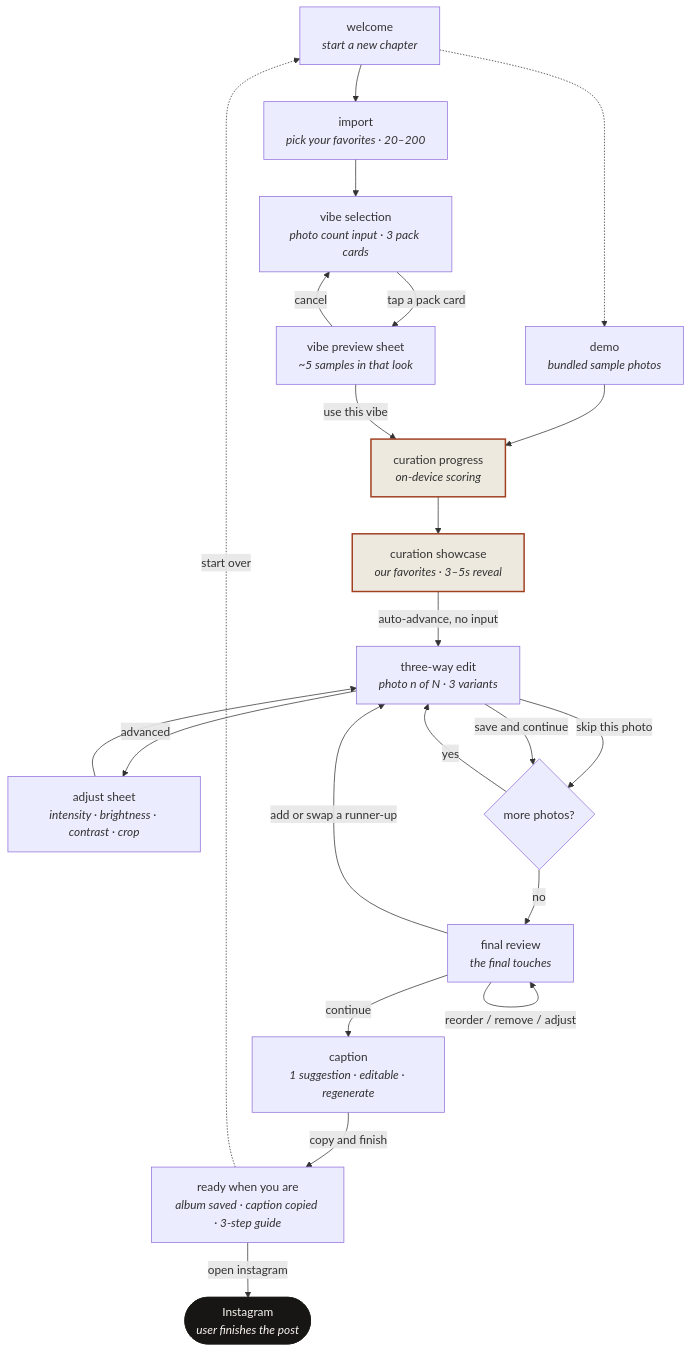
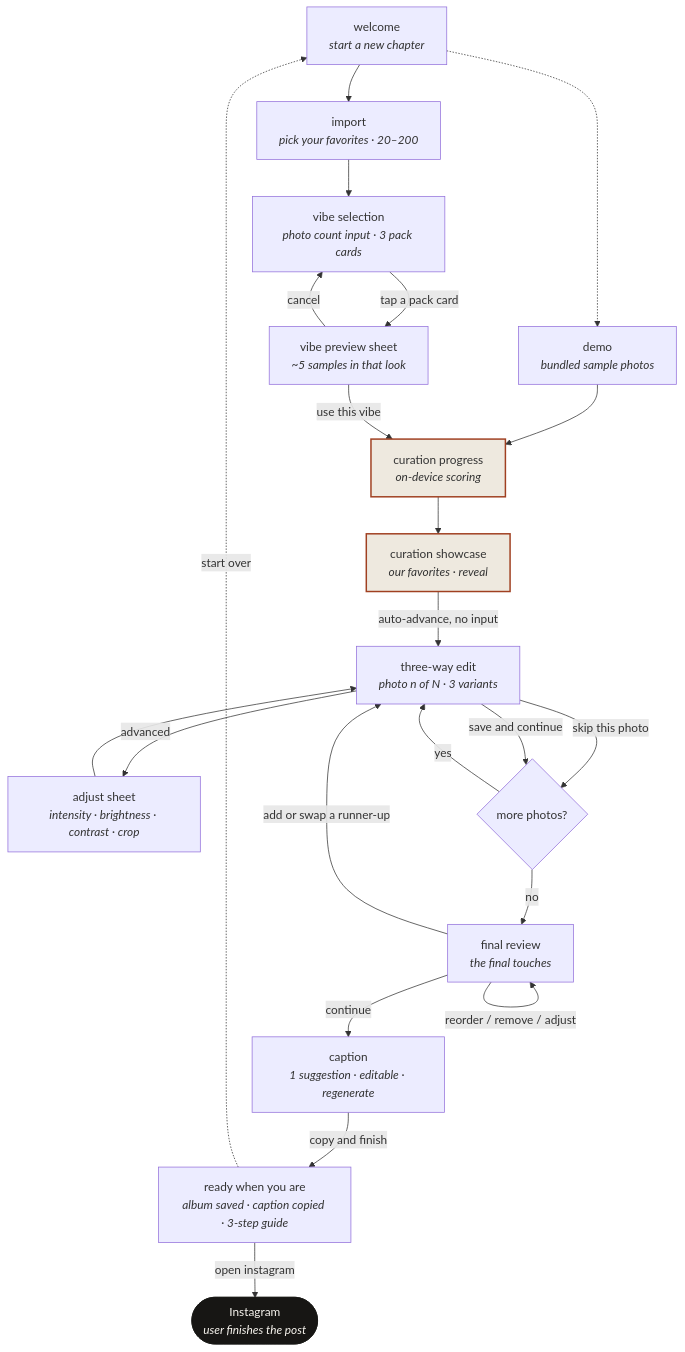
One commit to nickzjl/duvro changed the diagram in duvro-flow.mermaid. Above: the diagram before and after it, drawn with Mermaid. The commit also changed 3 other files, not shown here.

```diff
--- a/duvro-flow.mermaid
+++ b/duvro-flow.mermaid
@@ -1,34 +1,34 @@
 flowchart TD
     A["welcome<br/><i>start a new chapter</i>"] --> B["import<br/><i>pick your favorites · 20–200</i>"]
     A -.-> A2["demo<br/><i>bundled sample photos</i>"]
     A2 --> E
 
     B --> C["vibe selection<br/><i>photo count input · 3 pack cards</i>"]
     C -->|tap a pack card| D["vibe preview sheet<br/><i>~5 samples in that look</i>"]
     D -->|cancel| C
     D -->|"use this vibe"| E["curation progress<br/><i>on-device scoring</i>"]
 
-    E --> F["curation showcase<br/><i>our favorites · 3–5s reveal</i>"]
+    E --> F["curation showcase<br/><i>our favorites · reveal</i>"]
     F -->|auto-advance, no input| G
 
     G["three-way edit<br/><i>photo n of N · 3 variants</i>"]
     G -->|advanced| G1["adjust sheet<br/><i>intensity · brightness · contrast · crop</i>"]
     G1 --> G
     G -->|skip this photo| H
     G -->|"save and continue"| H{"more photos?"}
     H -->|yes| G
     H -->|no| I
 
     I["final review<br/><i>the final touches</i>"]
     I -->|reorder / remove / adjust| I
     I -->|add or swap a runner-up| G
     I -->|continue| J["caption<br/><i>1 suggestion · editable · regenerate</i>"]
 
     J -->|"copy and finish"| K["ready when you are<br/><i>album saved · caption copied · 3-step guide</i>"]
     K -->|"open instagram"| L(["Instagram<br/><i>user finishes the post</i>"])
     K -.->|start over| A
 
     classDef noDecision fill:#EEE9DF,stroke:#A04021,stroke-width:2px
     classDef terminal fill:#171614,color:#F7F4EE,stroke:#171614
     class E,F noDecision
     class L terminal
```
